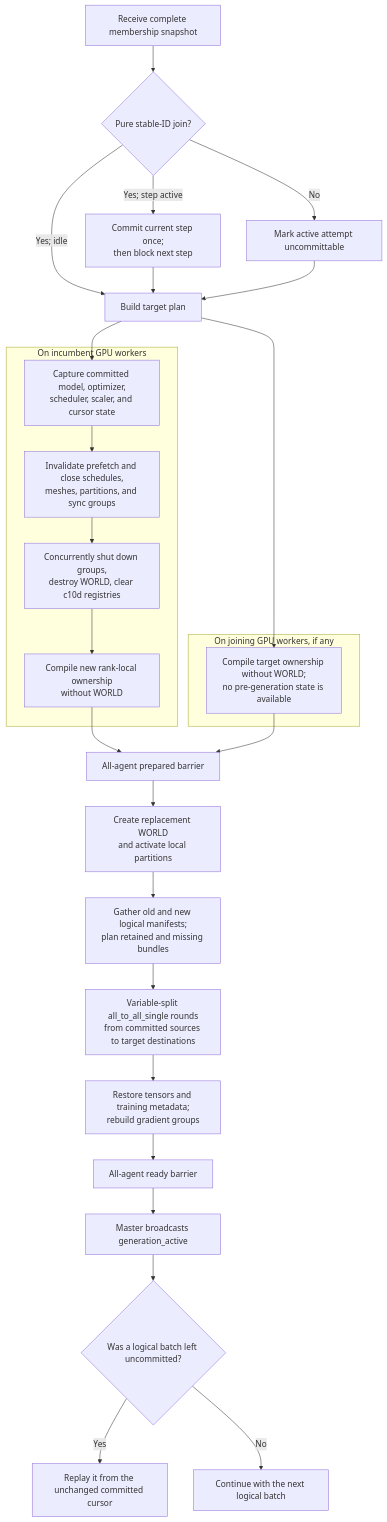
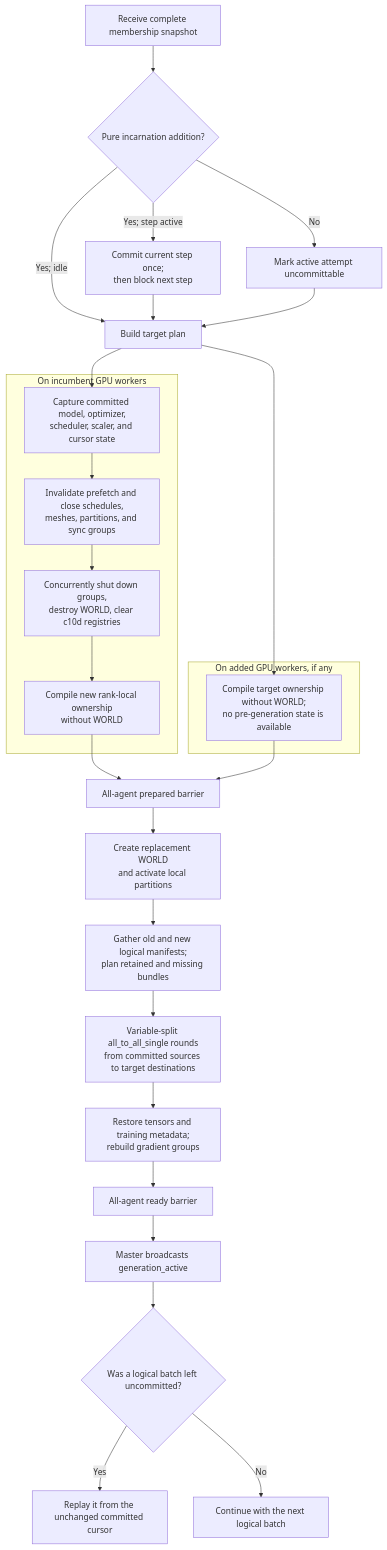
The eighth of 8 diagrams in lifecycle.md (SymbioticLab/Oobleck), drawn with Mermaid before and after one commit. The commit also changed other lines of this file and 25 other files, not shown here.

````diff
--- a/lifecycle.md
+++ b/lifecycle.md
@@ -436,35 +427,35 @@
 ```mermaid
 flowchart TD
-    EVENT["Receive complete membership snapshot"] --> CLASSIFY{"Pure stable-ID join?"}
+    EVENT["Receive complete membership snapshot"] --> CLASSIFY{"Pure incarnation addition?"}
     CLASSIFY -- "Yes; step active" --> FINISH["Commit current step once;<br/>then block next step"]
     CLASSIFY -- "Yes; idle" --> PLAN["Build target plan"]
     CLASSIFY -- "No" --> HARD["Mark active attempt uncommittable"]
     FINISH --> PLAN
     HARD --> PLAN
     PLAN --> ISNAP
     PLAN --> JCOMPILE
 
     subgraph incumbents["On incumbent GPU workers"]
         ISNAP["Capture committed model, optimizer,<br/>scheduler, scaler, and cursor state"]
         ICLOSE["Invalidate prefetch and close schedules,<br/>meshes, partitions, and sync groups"]
         IDESTROY["Concurrently shut down groups,<br/>destroy WORLD, clear c10d registries"]
         ICOMPILE["Compile new rank-local ownership<br/>without WORLD"]
         ISNAP --> ICLOSE --> IDESTROY --> ICOMPILE
     end
 
-    subgraph joiners["On joining GPU workers, if any"]
+    subgraph added_workers["On added GPU workers, if any"]
         JCOMPILE["Compile target ownership without WORLD;<br/>no pre-generation state is available"]
     end
 
     ICOMPILE --> PREP["All-agent prepared barrier"]
     JCOMPILE --> PREP
     PREP --> INIT["Create replacement WORLD<br/>and activate local partitions"]
     INIT --> MANIFEST["Gather old and new logical manifests;<br/>plan retained and missing bundles"]
     MANIFEST --> COPY["Variable-split all_to_all_single rounds<br/>from committed sources to target destinations"]
     COPY --> RESTORE["Restore tensors and training metadata;<br/>rebuild gradient groups"]
     RESTORE --> READY["All-agent ready barrier"]
     READY --> ACTIVE["Master broadcasts generation_active"]
     ACTIVE --> PENDING{"Was a logical batch left uncommitted?"}
     PENDING -- "Yes" --> REPLAY["Replay it from the unchanged committed cursor"]
     PENDING -- "No" --> NEXT["Continue with the next logical batch"]
 ```
````
